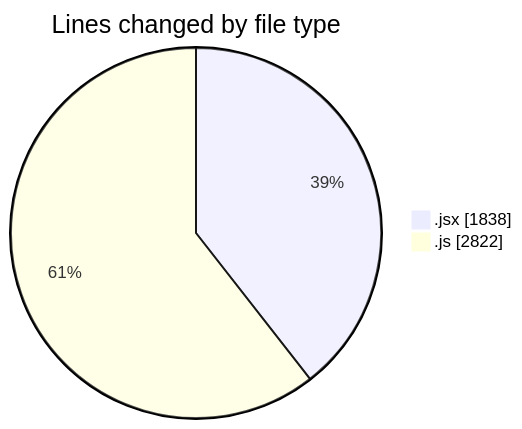
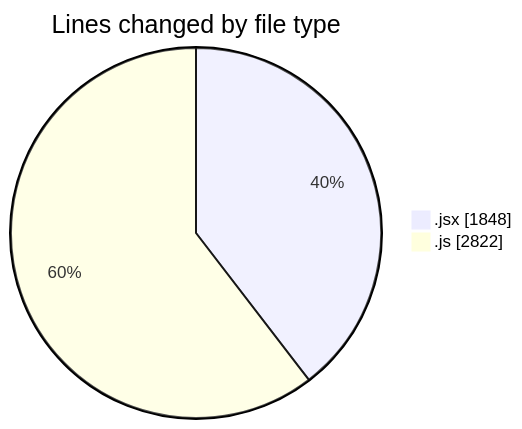
The first of 2 diagrams in 2025-11-07/nxtqube_webapp/README.md (nxtqubesakshisongat/code-tracking), drawn with Mermaid before and after one commit. The commit also changed other lines of this file and 1 other file, not shown here.

````diff
--- a/2025-11-07/nxtqube_webapp/README.md
+++ b/2025-11-07/nxtqube_webapp/README.md
@@ -27,6 +27,6 @@
 ```mermaid
 pie showData
 title Lines changed by file type
-".jsx" : 1838
+".jsx" : 1848
 ".js" : 2822
 ```
````
